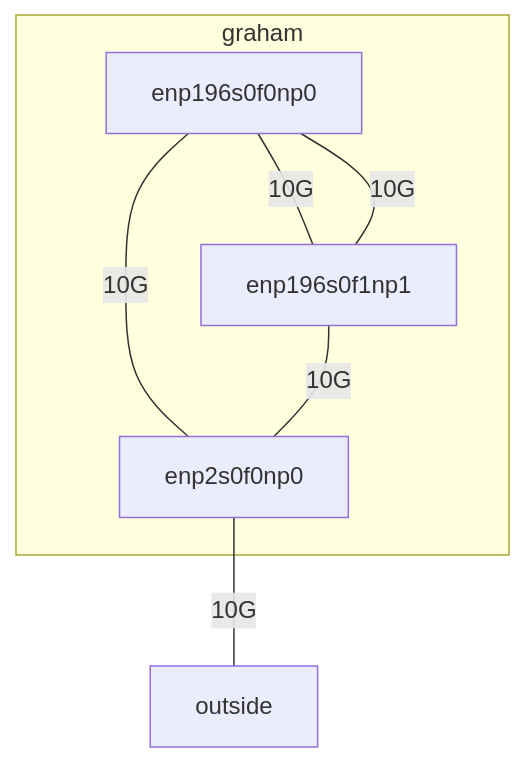
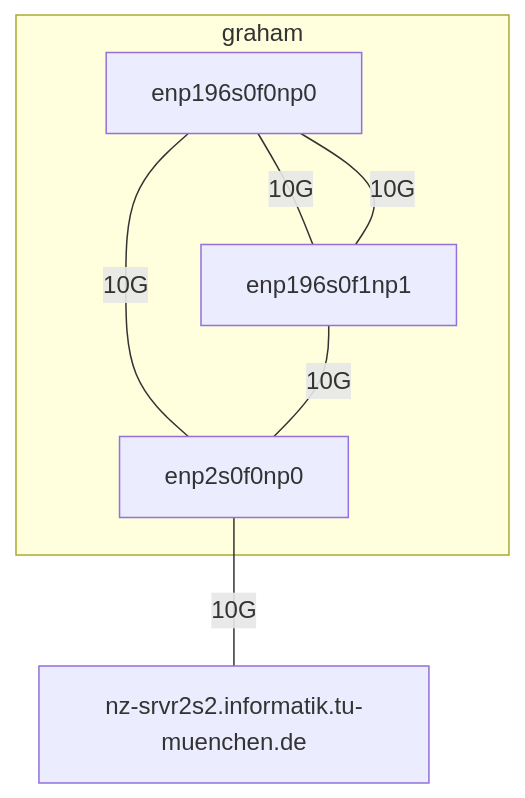
The fifth of 5 diagrams in some-mermaid-graph.md (ackxolotl/doctor-cluster-config), drawn with Mermaid before and after one commit.

````diff
--- a/some-mermaid-graph.md
+++ b/some-mermaid-graph.md
@@ -62,16 +62,16 @@
 ```mermaid
   graph TD
-    graham.enp2s0f0np0["enp2s0f0np0"]-- 10G ---A["outside"]
+    graham.enp2s0f0np0["enp2s0f0np0"]-- 10G ---A["nz-srvr2s2.informatik.tu-muenchen.de"]
     graham.enp196s0f0np0["enp196s0f0np0"]-- 10G ---graham.enp2s0f0np0["enp2s0f0np0"]
     graham.enp196s0f0np0["enp196s0f0np0"]-- 10G ---graham.enp196s0f1np1["enp196s0f1np1"]
     graham.enp196s0f1np1["enp196s0f1np1"]-- 10G ---graham.enp2s0f0np0["enp2s0f0np0"]
     graham.enp196s0f1np1["enp196s0f1np1"]-- 10G ---graham.enp196s0f0np0["enp196s0f0np0"]
     subgraph graham
     graham.enp2s0f0np0["enp2s0f0np0"]
     graham.enp196s0f0np0["enp196s0f0np0"]
     graham.enp196s0f0np0["enp196s0f0np0"]
     graham.enp196s0f1np1["enp196s0f1np1"]
     graham.enp196s0f1np1["enp196s0f1np1"]
     end
     click A "https://github.com/ackxolotl/doctor-cluster-config/blob/mermaid/docs/tum/astrid.md" "outside"
 ```
````
